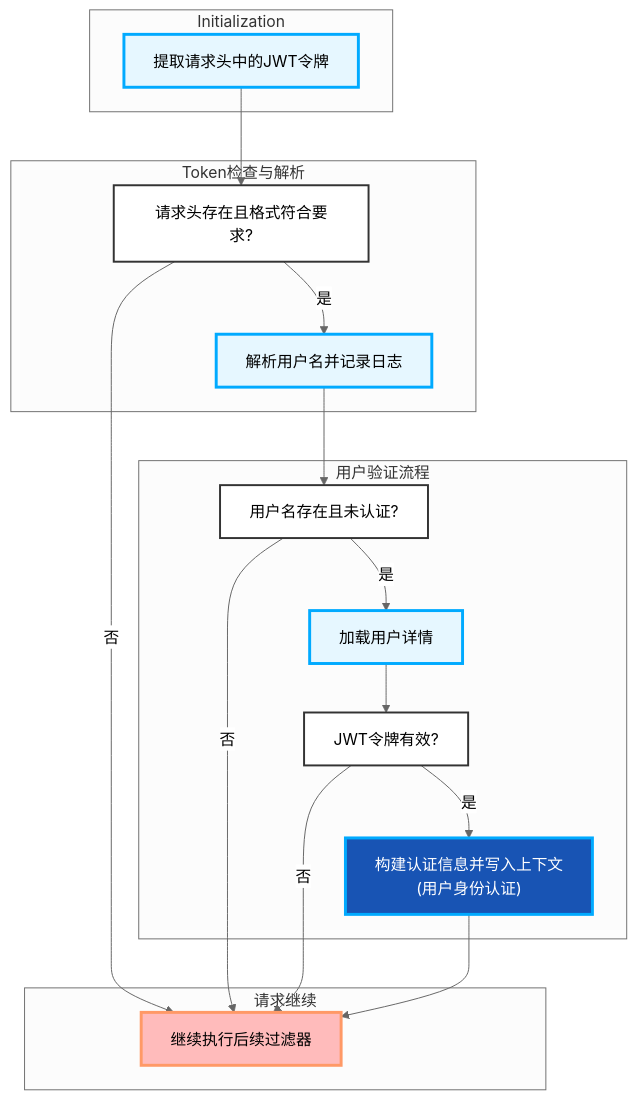
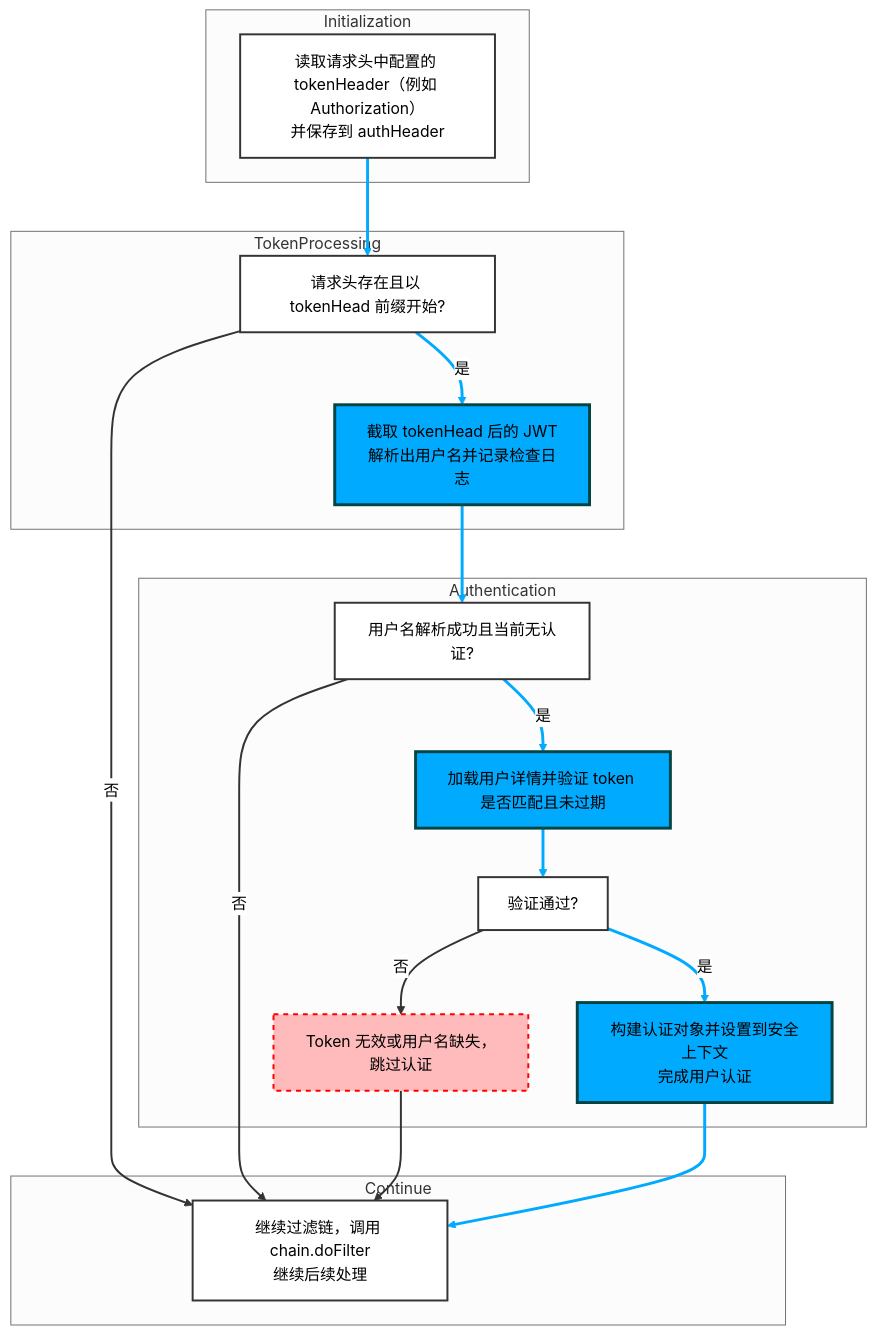
One commit to gyyggyg/java_wiki changed the diagram in graph/cfg_mermaid.md. Above: the diagram before and after it, drawn with Mermaid (neutral theme). The commit also changed other lines of this file and 14 other files, not shown here.

````diff
--- a/graph/cfg_mermaid.md
+++ b/graph/cfg_mermaid.md
@@ -1,40 +1,70 @@
 ```mermaid
-flowchart TD
+flowchart TB
     direction TB
     subgraph Initialization
-        A1["提取请求头中的JWT令牌"]
-        style A1 fill:#e6f7ff,stroke:#0af,stroke-width:3px
-    end
-    subgraph Token检查与解析
-        B1["请求头存在且格式符合要求?"]
-        style B1 fill:#fff,stroke:#333,stroke-width:2px,shape:diamond
-        B2["解析用户名并记录日志"]
-        style B2 fill:#e6f7ff,stroke:#0af,stroke-width:3px
-    end
-    subgraph 用户验证流程
-        C1["用户名存在且未认证?"]
-        style C1 fill:#fff,stroke:#333,stroke-width:2px,shape:diamond
-        C2["加载用户详情"]
-        style C2 fill:#e6f7ff,stroke:#0af,stroke-width:3px
-        C3["JWT令牌有效? "]
-        style C3 fill:#fff,stroke:#333,stroke-width:2px,shape:diamond
-        C4["构建认证信息并写入上下文\n(用户身份认证)"]
-        style C4 fill:#1854b4,stroke:#0af,stroke-width:3px,color:#fff
-    end
-    subgraph 请求继续
-        D1["继续执行后续过滤器"]
-        style D1 fill:#fbb,stroke:#f96,stroke-width:3px
+        A1["读取请求头中配置的 tokenHeader（例如 Authorization）\n并保存到 authHeader"]
+        style A1 fill:#fff,stroke:#333,stroke-width:2px
     end
 
-    A1 --> B1
-    B1 -- 是 --> B2
-    B1 -- 否 --> D1
-    B2 --> C1
-    C1 -- 是 --> C2
-    C1 -- 否 --> D1
-    C2 --> C3
-    C3 -- 是 --> C4
-    C3 -- 否 --> D1
-    C4 --> D1
+    subgraph TokenProcessing
+        D1["请求头存在且以 tokenHead 前缀开始?"]
+        style D1 fill:#fff,stroke:#333,stroke-width:2px,shape:diamond
+
+        A2["截取 tokenHead 后的 JWT\n解析出用户名并记录检查日志"]
+        style A2 fill:#0af,stroke:#044,stroke-width:3px
+    end
+
+    subgraph Authentication
+        D2["用户名解析成功且当前无认证?"]
+        style D2 fill:#fff,stroke:#333,stroke-width:2px,shape:diamond
+
+        A3["加载用户详情并验证 token 是否匹配且未过期"]
+        style A3 fill:#0af,stroke:#044,stroke-width:3px
+
+        D3["验证通过?"]
+        style D3 fill:#fff,stroke:#333,stroke-width:2px,shape:diamond
+
+        A4["构建认证对象并设置到安全上下文\n完成用户认证"]
+        style A4 fill:#0af,stroke:#044,stroke-width:3px
+
+        E1["Token 无效或用户名缺失，跳过认证"]
+        style E1 fill:#fbb,stroke:#f00,stroke-width:2px,stroke-dasharray:5 5
+    end
+
+    subgraph Continue
+        A5["继续过滤链，调用 chain.doFilter\n继续后续处理"]
+        style A5 fill:#fff,stroke:#333,stroke-width:2px
+    end
+
+    %% 流向定义
+    A1 --> D1
+    D1 -- 是 --> A2
+    D1 -- 否 --> A5
+
+    A2 --> D2
+    D2 -- 是 --> A3
+    D2 -- 否 --> A5
+
+    A3 --> D3
+    D3 -- 是 --> A4
+    D3 -- 否 --> E1
+
+    E1 --> A5
+    A4 --> A5
+
+    %% 链路样式：关键路径加粗为 3px（主要成功认证流）
+    linkStyle 0 stroke:#0af,stroke-width:3px
+    linkStyle 1 stroke:#0af,stroke-width:3px
+    linkStyle 3 stroke:#0af,stroke-width:3px
+    linkStyle 4 stroke:#0af,stroke-width:3px
+    linkStyle 6 stroke:#0af,stroke-width:3px
+    linkStyle 7 stroke:#0af,stroke-width:3px
+    linkStyle 10 stroke:#0af,stroke-width:3px
+
+    %% 其余路径为默认粗细
+    linkStyle 2 stroke:#333,stroke-width:2px
+    linkStyle 5 stroke:#333,stroke-width:2px
+    linkStyle 8 stroke:#333,stroke-width:2px
+    linkStyle 9 stroke:#333,stroke-width:2px
 
 ```
````
